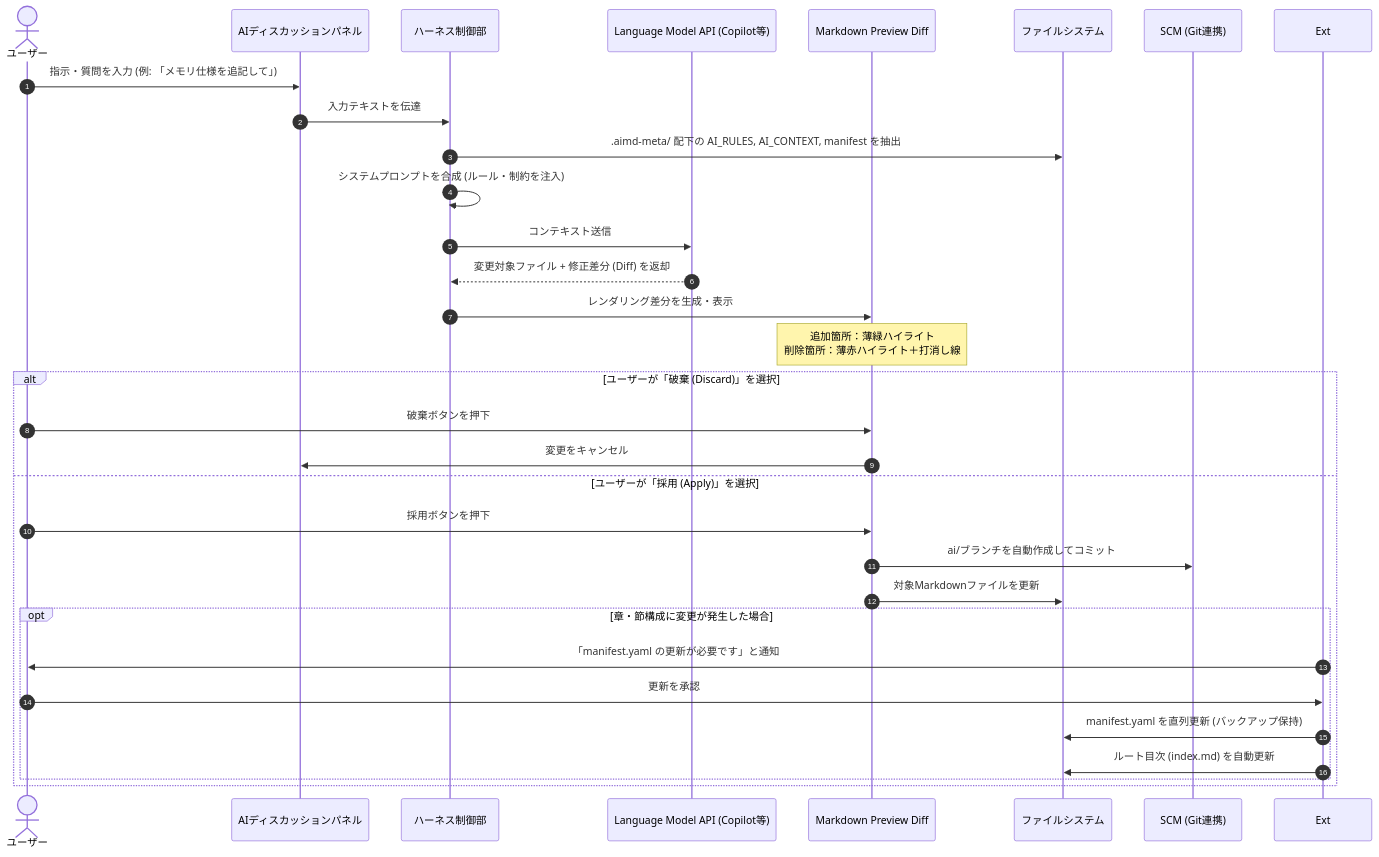
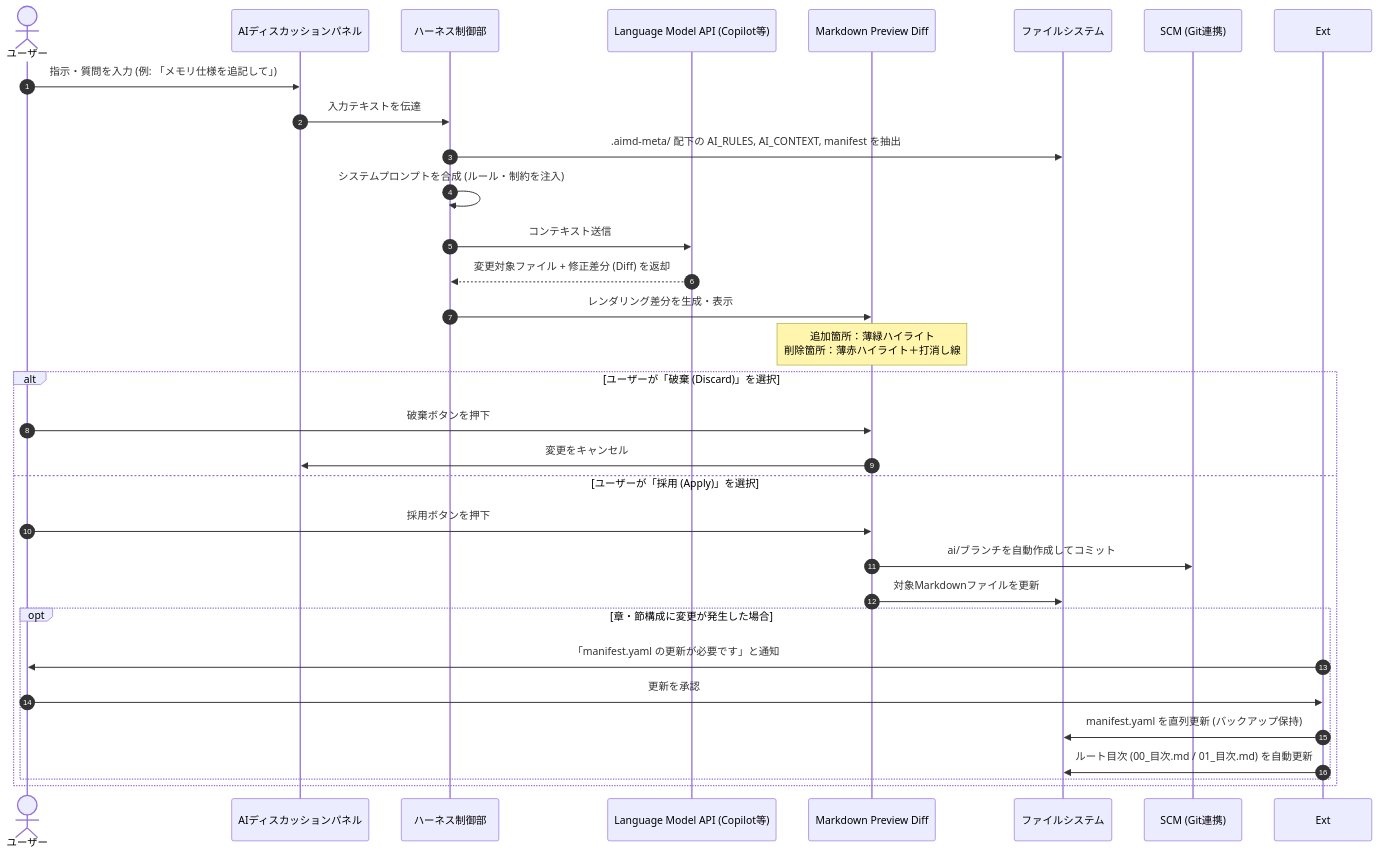
Before and after one commit to kazukig/MarkdownProject: the fourth of 6 diagrams in 02_要件定義/AIMDStudio.md, drawn with Mermaid. The commit also changed other lines of this file and 1 other file, not shown here.

````diff
--- a/02_要件定義/AIMDStudio.md
+++ b/02_要件定義/AIMDStudio.md
@@ -201,36 +201,36 @@
 ```mermaid
 sequenceDiagram
     autonumber
     actor ユーザー
     participant Panel as AIディスカッションパネル
     participant Harness as ハーネス制御部
     participant AI as Language Model API (Copilot等)
     participant Preview as Markdown Preview Diff
     participant FS as ファイルシステム
     participant Git as SCM (Git連携)
 
     ユーザー->>Panel: 指示・質問を入力 (例: 「メモリ仕様を追記して」)
     Panel->>Harness: 入力テキストを伝達
     Harness->>FS: .aimd-meta/ 配下の AI_RULES, AI_CONTEXT, manifest を抽出
     Harness->>Harness: システムプロンプトを合成 (ルール・制約を注入)
     Harness->>AI: コンテキスト送信
     AI-->>Harness: 変更対象ファイル + 修正差分 (Diff) を返却
 
     Harness->>Preview: レンダリング差分を生成・表示
     Note over Preview: 追加箇所：薄緑ハイライト<br/>削除箇所：薄赤ハイライト＋打消し線
 
     alt ユーザーが「破棄 (Discard)」を選択
         ユーザー->>Preview: 破棄ボタンを押下
         Preview->>Panel: 変更をキャンセル
     else ユーザーが「採用 (Apply)」を選択
         ユーザー->>Preview: 採用ボタンを押下
         Preview->>Git: ai/ブランチを自動作成してコミット
         Preview->>FS: 対象Markdownファイルを更新
         opt 章・節構成に変更が発生した場合
             Ext->>ユーザー: 「manifest.yaml の更新が必要です」と通知
             ユーザー->>Ext: 更新を承認
             Ext->>FS: manifest.yaml を直列更新 (バックアップ保持)
-            Ext->>FS: ルート目次 (index.md) を自動更新
+            Ext->>FS: ルート目次 (00_目次.md / 01_目次.md) を自動更新
         end
     end
 ```
````
